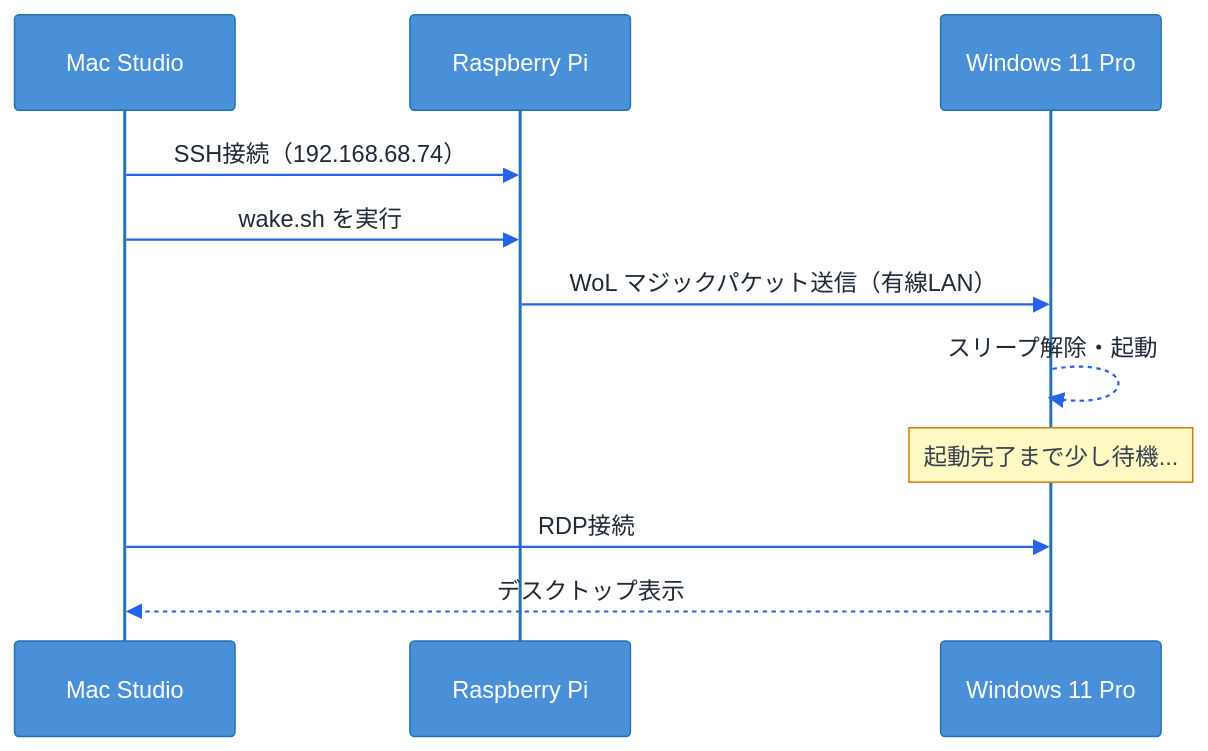
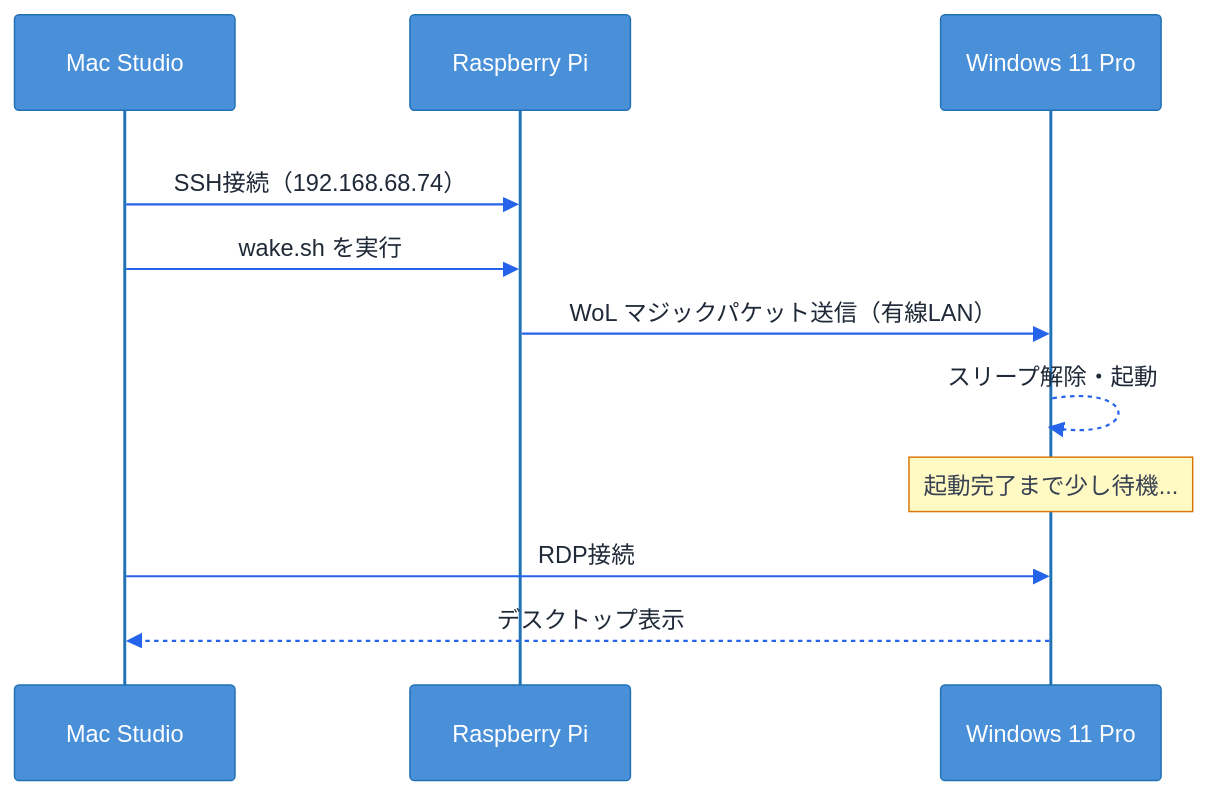
The second of 4 diagrams in public/tailscale-wol-rdp.md (0ceanMoo/qiita), drawn with Mermaid before and after one commit. The commit also changed other lines of this file, not shown here.

Commit message:
シーケンス図の背景を修正

````diff
--- a/public/tailscale-wol-rdp.md
+++ b/public/tailscale-wol-rdp.md
@@ -76,14 +76,16 @@
 ```mermaid
 %%{init: {'theme': 'base', 'themeCSS': 'svg { background: #ffffff !important; } .messageText, .loopText, .noteText, .labelText { fill: #1f2937 !important; color: #1f2937 !important; }', 'themeVariables': {'background': '#ffffff', 'mainBkg': '#ffffff', 'primaryTextColor': '#1f2937', 'textColor': '#1f2937', 'actorBkg': '#4A90D9', 'actorTextColor': '#ffffff', 'actorBorder': '#2171B5', 'activationBkgColor': '#DBEAFE', 'activationBorderColor': '#2171B5', 'sequenceNumberColor': '#1f2937', 'lineColor': '#2563EB', 'signalColor': '#2563EB', 'signalTextColor': '#1f2937', 'labelBoxBkgColor': '#ffffff', 'labelBoxBorderColor': '#CBD5E1', 'labelTextColor': '#1f2937', 'loopTextColor': '#1f2937', 'noteBkgColor': '#FFF9C4', 'noteTextColor': '#374151', 'noteBorderColor': '#D97706'}}}%%
 sequenceDiagram
     participant Mac as Mac Studio
     participant Pi as Raspberry Pi
     participant Win as Windows 11 Pro
-    Mac->>Pi: SSH接続（192.168.68.74）
-    Mac->>Pi: wake.sh を実行
-    Pi->>Win: WoL マジックパケット送信（有線LAN）
-    Win-->>Win: スリープ解除・起動
-    Note over Win: 起動完了まで少し待機...
-    Mac->>Win: RDP接続
-    Win-->>Mac: デスクトップ表示
+    rect rgb(255, 255, 255)
+        Mac->>Pi: SSH接続（192.168.68.74）
+        Mac->>Pi: wake.sh を実行
+        Pi->>Win: WoL マジックパケット送信（有線LAN）
+        Win-->>Win: スリープ解除・起動
+        Note over Win: 起動完了まで少し待機...
+        Mac->>Win: RDP接続
+        Win-->>Mac: デスクトップ表示
+    end
 ```
````
